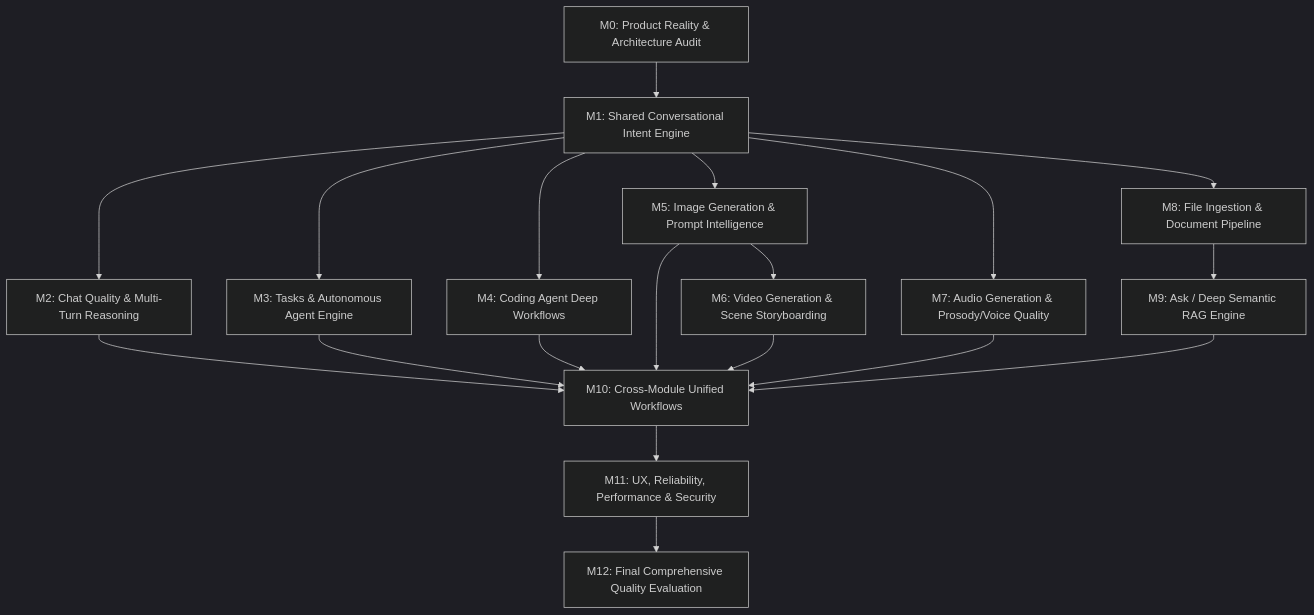
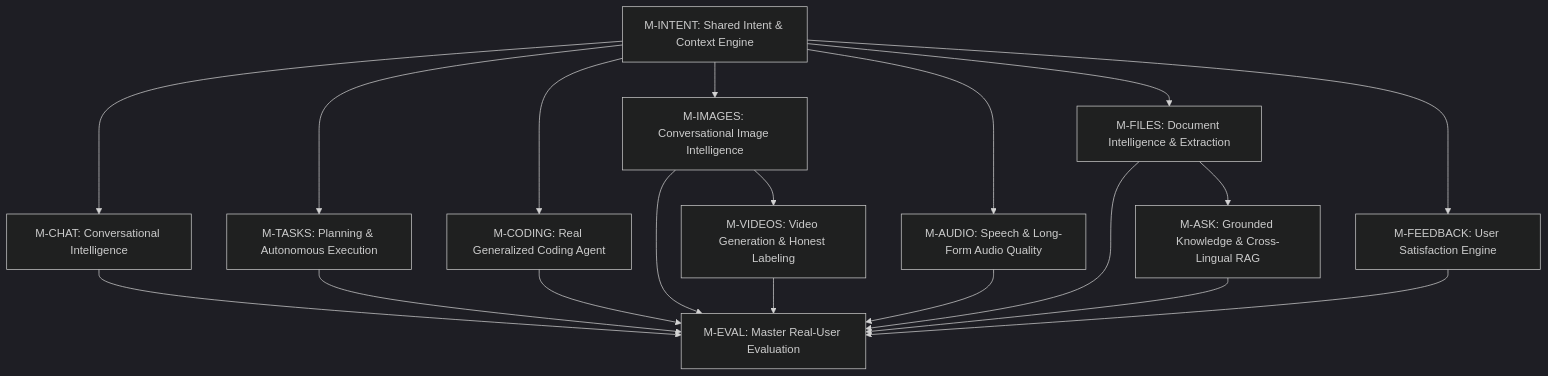
The diagram in docs/NIRNAYAI_UNIVERSAL_QUALITY_MINDSTONE.md (zolex12770/Smart-AI-Module), drawn with Mermaid (dark theme) before and after one commit. The commit also changed other lines of this file and 6 other files, not shown here.

````diff
--- a/docs/NIRNAYAI_UNIVERSAL_QUALITY_MINDSTONE.md
+++ b/docs/NIRNAYAI_UNIVERSAL_QUALITY_MINDSTONE.md
@@ -62,15 +46,13 @@
 ```mermaid
 flowchart TD
-    M0["M0: Product Reality & Architecture Audit"] --> M1["M1: Shared Conversational Intent Engine"]
-    M1 --> M2["M2: Chat Quality & Multi-Turn Reasoning"]
-    M1 --> M3["M3: Tasks & Autonomous Agent Engine"]
-    M1 --> M4["M4: Coding Agent Deep Workflows"]
-    M1 --> M5["M5: Image Generation & Prompt Intelligence"]
-    M5 --> M6["M6: Video Generation & Scene Storyboarding"]
-    M1 --> M7["M7: Audio Generation & Prosody/Voice Quality"]
-    M1 --> M8["M8: File Ingestion & Document Pipeline"]
-    M8 --> M9["M9: Ask / Deep Semantic RAG Engine"]
-    M2 & M3 & M4 & M5 & M6 & M7 & M9 --> M10["M10: Cross-Module Unified Workflows"]
-    M10 --> M11["M11: UX, Reliability, Performance & Security"]
-    M11 --> M12["M12: Final Comprehensive Quality Evaluation"]
+    M_INTENT["M-INTENT: Shared Intent & Context Engine"] --> M_CHAT["M-CHAT: Conversational Intelligence"]
+    M_INTENT --> M_FEEDBACK["M-FEEDBACK: User Satisfaction Engine"]
+    M_INTENT --> M_TASKS["M-TASKS: Planning & Autonomous Execution"]
+    M_INTENT --> M_CODING["M-CODING: Real Generalized Coding Agent"]
+    M_INTENT --> M_IMAGES["M-IMAGES: Conversational Image Intelligence"]
+    M_IMAGES --> M_VIDEOS["M-VIDEOS: Video Generation & Honest Labeling"]
+    M_INTENT --> M_AUDIO["M-AUDIO: Speech & Long-Form Audio Quality"]
+    M_INTENT --> M_FILES["M-FILES: Document Intelligence & Extraction"]
+    M_FILES --> M_ASK["M-ASK: Grounded Knowledge & Cross-Lingual RAG"]
+    M_CHAT & M_TASKS & M_CODING & M_IMAGES & M_VIDEOS & M_AUDIO & M_FILES & M_ASK & M_FEEDBACK --> M_EVAL["M-EVAL: Master Real-User Evaluation"]
 ```
````
